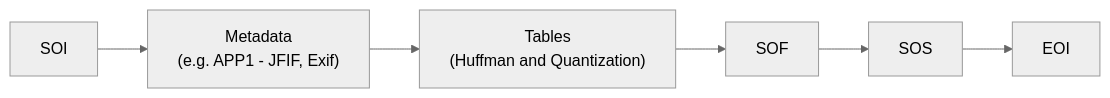
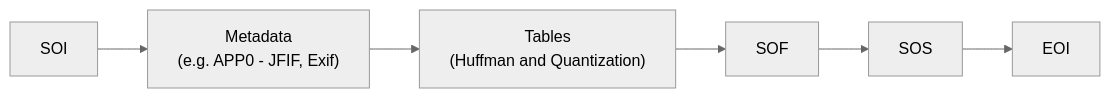
One commit to gau-nernst/jpeg.c changed the diagram in README.md. Above: the diagram before and after it, drawn with Mermaid (neutral theme).

````diff
--- a/README.md
+++ b/README.md
@@ -32,11 +32,11 @@
 ```mermaid
 graph LR
   SOI-->Metadata
   Metadata-->Tables
   Tables-->SOF
   SOF-->SOS
   SOS-->EOI
 
-  Metadata["Metadata\n(e.g. APP1 - JFIF, Exif)"]
+  Metadata["Metadata\n(e.g. APP0 - JFIF, Exif)"]
   Tables["Tables\n(Huffman and Quantization)"]
 ```
````
